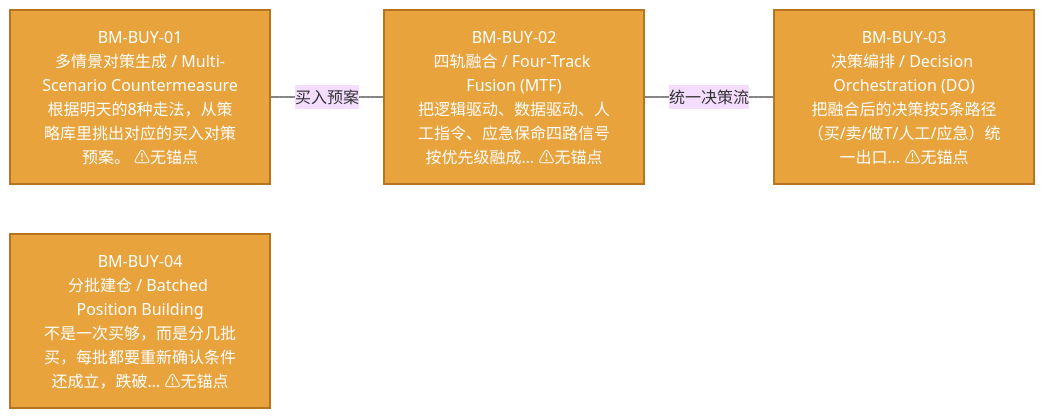
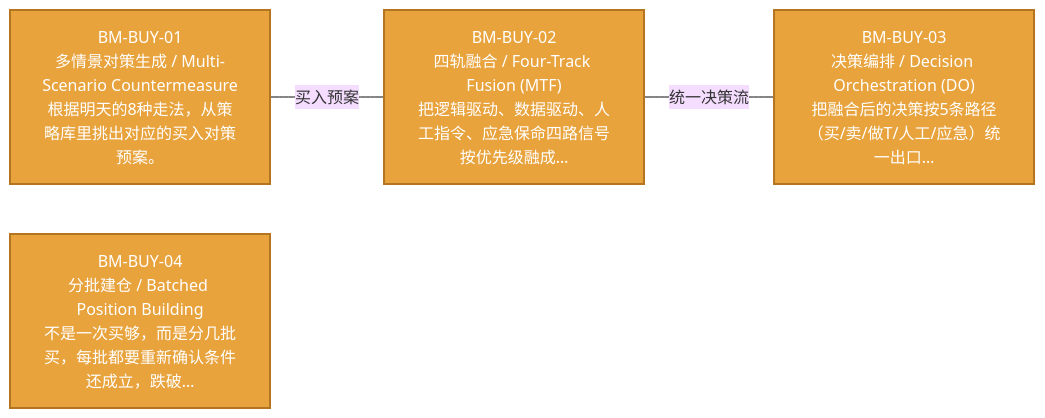
One commit to xuanFelixVan/ZephyrAlpha changed the diagram in docs/02_enterprise_architecture/07_trading_decision_architecture/battle_map/battle_map_02_buy_flow.md. Above: the diagram before and after it, drawn with Mermaid (base theme). The commit also changed other lines of this file and 2 other files, not shown here.

````diff
--- a/docs/02_enterprise_architecture/07_trading_decision_architecture/battle_map/battle_map_02_buy_flow.md
+++ b/docs/02_enterprise_architecture/07_trading_decision_architecture/battle_map/battle_map_02_buy_flow.md
@@ -15,14 +15,14 @@
 ```mermaid
 %% 买入阶段图
 flowchart LR
-    BM_BUY_01["BM-BUY-01\n多情景对策生成 / Multi-Scenario Countermeasure\n根据明天的8种走法，从策略库里挑出对应的买入对策预案。 ⚠无锚点"]:::design
-    BM_BUY_02["BM-BUY-02\n四轨融合 / Four-Track Fusion (MTF)\n把逻辑驱动、数据驱动、人工指令、应急保命四路信号按优先级融成… ⚠无锚点"]:::design
-    BM_BUY_03["BM-BUY-03\n决策编排 / Decision Orchestration (DO)\n把融合后的决策按5条路径（买/卖/做T/人工/应急）统一出口… ⚠无锚点"]:::design
-    BM_BUY_04["BM-BUY-04\n分批建仓 / Batched Position Building\n不是一次买够，而是分几批买，每批都要重新确认条件还成立，跌破… ⚠无锚点"]:::design
+    BM_BUY_01["BM-BUY-01\n多情景对策生成 / Multi-Scenario Countermeasure\n根据明天的8种走法，从策略库里挑出对应的买入对策预案。"]:::design
+    BM_BUY_02["BM-BUY-02\n四轨融合 / Four-Track Fusion (MTF)\n把逻辑驱动、数据驱动、人工指令、应急保命四路信号按优先级融成…"]:::design
+    BM_BUY_03["BM-BUY-03\n决策编排 / Decision Orchestration (DO)\n把融合后的决策按5条路径（买/卖/做T/人工/应急）统一出口…"]:::design
+    BM_BUY_04["BM-BUY-04\n分批建仓 / Batched Position Building\n不是一次买够，而是分几批买，每批都要重新确认条件还成立，跌破…"]:::design
     BM_BUY_01 --- |买入预案| BM_BUY_02
     BM_BUY_02 --- |统一决策流| BM_BUY_03
 classDef production fill:#4A90D9,stroke:#2C5F8A,color:#fff,stroke-width:2px;
 classDef design fill:#E8A33D,stroke:#B57520,color:#fff,stroke-width:2px;
 classDef deprecated fill:#999999,stroke:#666666,color:#fff,stroke-width:2px;
 classDef missing fill:#fff,stroke:#D93636,color:#D93636,stroke-width:3px;
 ```
````
